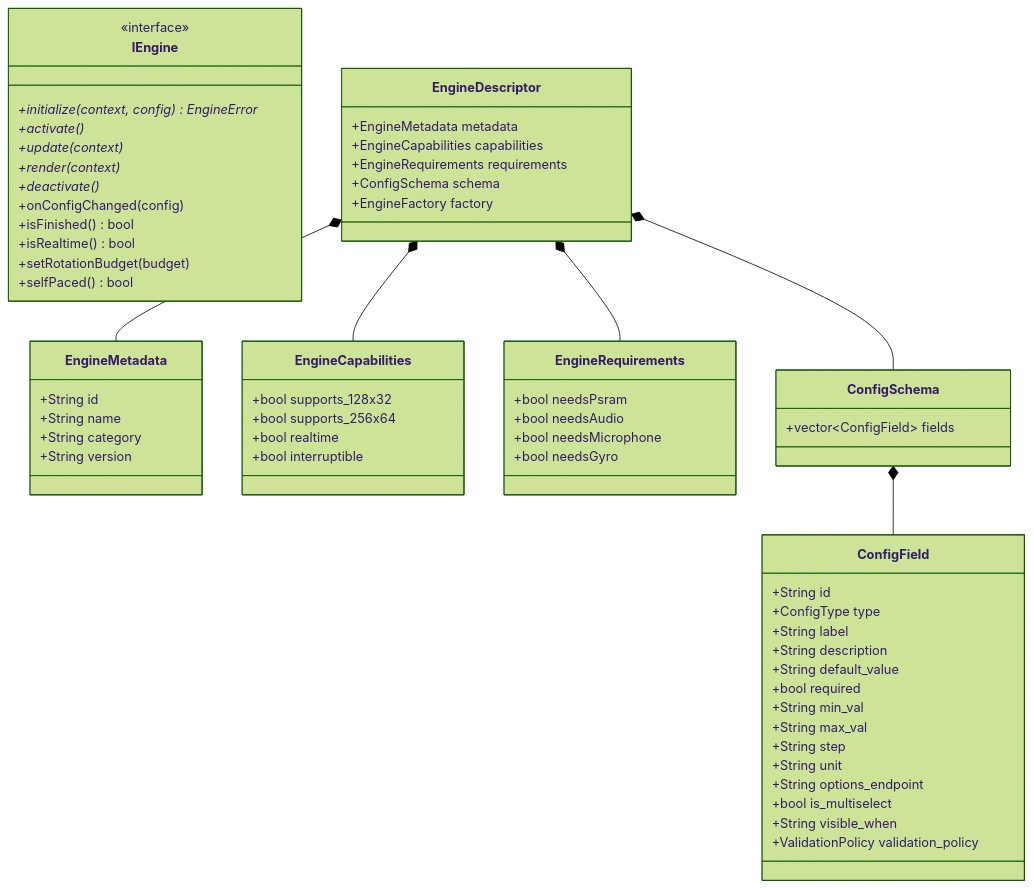
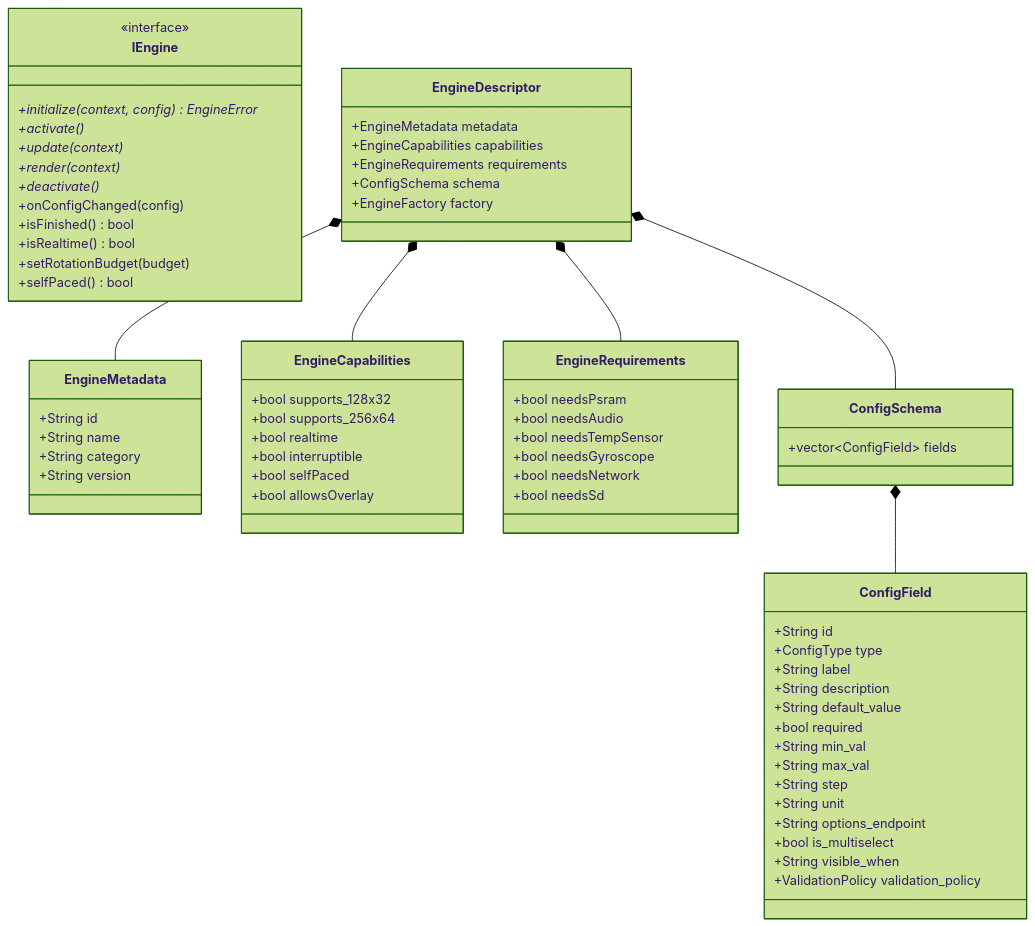
One commit to red77290/ArcadeMatrix changed the second of 6 diagrams in docs/ARCHITECTURE.md. Above: the diagram before and after it, drawn with Mermaid (forest theme). The commit also changed other lines of this file and 57 other files, not shown here.

````diff
--- a/docs/ARCHITECTURE.md
+++ b/docs/ARCHITECTURE.md
@@ -95,72 +95,76 @@
 ```mermaid
 classDiagram
     class IEngine {
         <<interface>>
         +initialize(context, config) EngineError*
         +activate()*
         +update(context)*
         +render(context)*
         +deactivate()*
         +onConfigChanged(config)
         +isFinished() bool
         +isRealtime() bool
         +setRotationBudget(budget)
         +selfPaced() bool
     }
 
     class EngineDescriptor {
         +EngineMetadata metadata
         +EngineCapabilities capabilities
         +EngineRequirements requirements
         +ConfigSchema schema
         +EngineFactory factory
     }
 
     class EngineMetadata {
         +String id
         +String name
         +String category
         +String version
     }
 
     class EngineCapabilities {
         +bool supports_128x32
         +bool supports_256x64
         +bool realtime
         +bool interruptible
+        +bool selfPaced
+        +bool allowsOverlay
     }
 
     class EngineRequirements {
         +bool needsPsram
         +bool needsAudio
-        +bool needsMicrophone
-        +bool needsGyro
+        +bool needsTempSensor
+        +bool needsGyroscope
+        +bool needsNetwork
+        +bool needsSd
     }
 
     class ConfigSchema {
         +vector~ConfigField~ fields
     }
 
     class ConfigField {
         +String id
         +ConfigType type
         +String label
         +String description
         +String default_value
         +bool required
         +String min_val
         +String max_val
         +String step
         +String unit
         +String options_endpoint
         +bool is_multiselect
         +String visible_when
         +ValidationPolicy validation_policy
     }
 
     EngineDescriptor *-- EngineMetadata
     EngineDescriptor *-- EngineCapabilities
     EngineDescriptor *-- EngineRequirements
     EngineDescriptor *-- ConfigSchema
     ConfigSchema *-- ConfigField
 ```
````
